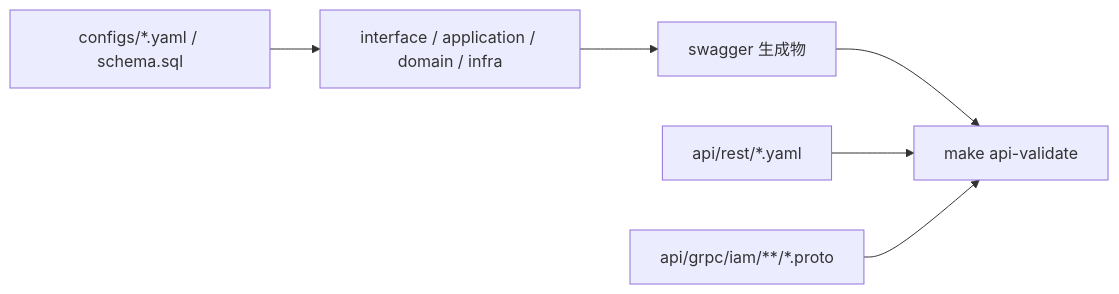
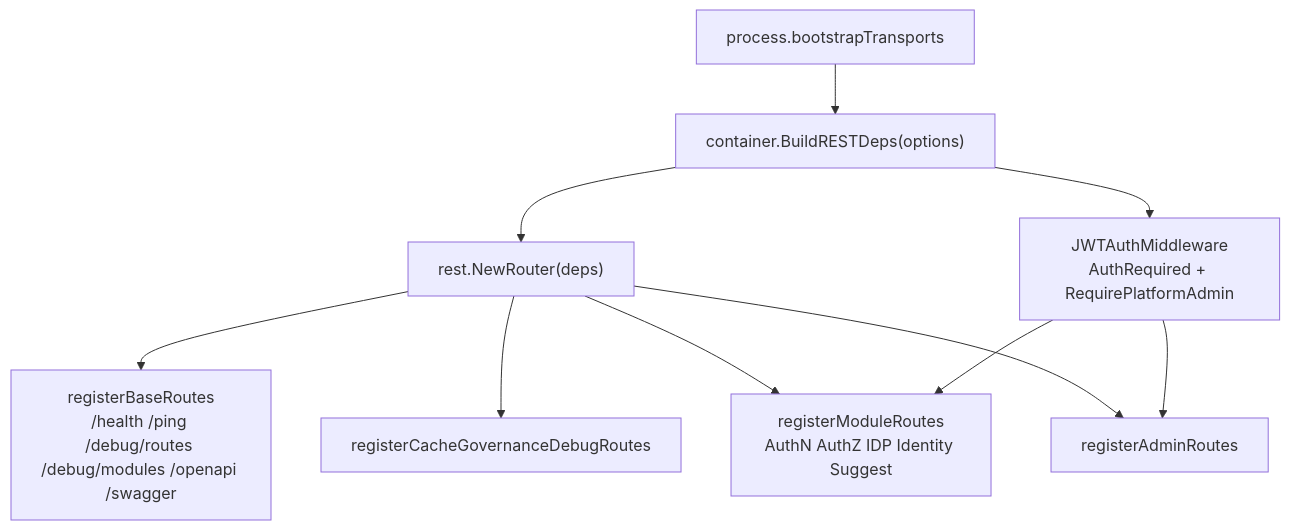
One commit to FangcunMount/iam changed the fifth of 8 diagrams in docs/00-概览/01-系统架构总览.md. Above: the diagram before and after it, drawn with Mermaid. The commit also changed other lines of this file and 61 other files, not shown here.

````diff
--- a/docs/00-概览/01-系统架构总览.md
+++ b/docs/00-概览/01-系统架构总览.md
@@ -212,15 +195,21 @@
 ```mermaid
-flowchart LR
-    Code["interface / application / domain / infra"]
-    Swagger["swagger 生成物"]
-    REST["api/rest/*.yaml"]
-    GRPC["api/grpc/iam/**/*.proto"]
-    Config["configs/*.yaml / schema.sql"]
-    Verify["make api-validate"]
+flowchart TD
+    Process["process.bootstrapTransports"]
+    BuildDeps["container.BuildRESTDeps(options)"]
+    Router["rest.NewRouter(deps)"]
+    Base["registerBaseRoutes\n/health /ping /debug/routes /debug/modules /openapi /swagger"]
+    Debug["registerCacheGovernanceDebugRoutes"]
+    Module["registerModuleRoutes\nAuthN AuthZ IDP Identity Suggest"]
+    Admin["registerAdminRoutes"]
+    Middleware["JWTAuthMiddleware\nAuthRequired + RequirePlatformAdmin"]
 
-    Code --> Swagger
-    Swagger --> Verify
-    REST --> Verify
-    GRPC --> Verify
-    Config --> Code
+    Process --> BuildDeps
+    BuildDeps --> Router
+    Router --> Base
+    Router --> Debug
+    Router --> Module
+    Router --> Admin
+    BuildDeps --> Middleware
+    Middleware --> Module
+    Middleware --> Admin
 ```
````
